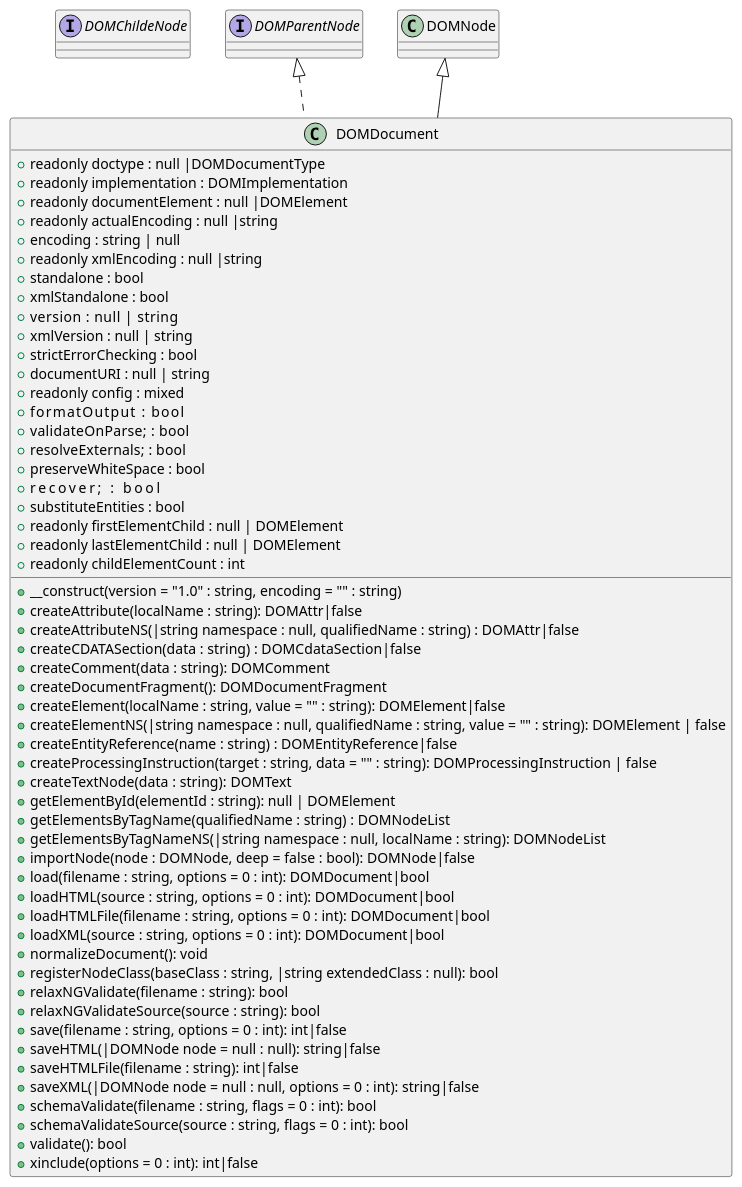
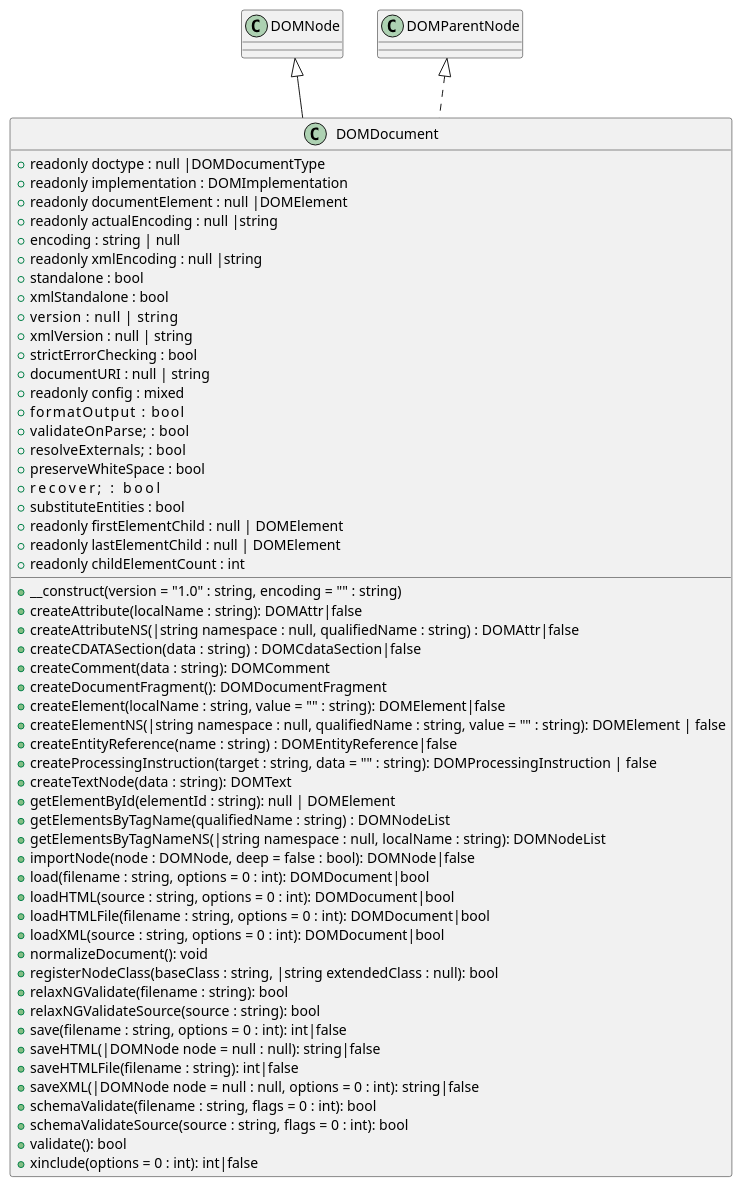
The diagram in dom/document.puml (kurt-krueckeberg/understanding-dom), drawn with PlantUML before and after one commit. The commit also changed 5 other files, not shown here.

```diff
--- a/dom/document.puml
+++ b/dom/document.puml
@@ -1,64 +1,61 @@
 @startuml
-interface DOMChildeNode
-interface DOMParentNode
-
 DOMNode       <|-- DOMDocument 
 DOMParentNode <|.. DOMDocument 
 
 class DOMDocument {
 
   +readonly doctype : null |DOMDocumentType
   +readonly implementation : DOMImplementation
   +readonly documentElement : null |DOMElement
   +readonly actualEncoding : null |string
   +encoding : string | null
   +readonly xmlEncoding : null |string
   +standalone : bool
   +xmlStandalone : bool
   +version    : null | string
   +xmlVersion : null | string 
   +strictErrorChecking : bool 
   +documentURI : null | string 
   +readonly config : mixed
   +formatOutput       : bool  
   +validateOnParse;   : bool 
   +resolveExternals;  : bool 
   +preserveWhiteSpace : bool 
   +recover;           : bool 
   +substituteEntities : bool 
   +readonly firstElementChild : null | DOMElement
   +readonly lastElementChild : null | DOMElement
   +readonly childElementCount : int
   +__construct(version = "1.0" : string, encoding = "" : string)
   +createAttribute(localName : string): DOMAttr|false
   +createAttributeNS(|string namespace : null, qualifiedName : string) : DOMAttr|false
   +createCDATASection(data : string) : DOMCdataSection|false
   +createComment(data : string): DOMComment
   +createDocumentFragment(): DOMDocumentFragment
   +createElement(localName : string, value = "" : string): DOMElement|false
   +createElementNS(|string namespace : null, qualifiedName : string, value = "" : string): DOMElement | false
   +createEntityReference(name : string) : DOMEntityReference|false
   +createProcessingInstruction(target : string, data = "" : string): DOMProcessingInstruction | false
   +createTextNode(data : string): DOMText
   +getElementById(elementId : string): null | DOMElement
   +getElementsByTagName(qualifiedName : string) : DOMNodeList
   +getElementsByTagNameNS(|string namespace : null, localName : string): DOMNodeList
   +importNode(node : DOMNode, deep = false : bool): DOMNode|false
   +load(filename : string, options = 0 : int): DOMDocument|bool
   +loadHTML(source : string, options = 0 : int): DOMDocument|bool
   +loadHTMLFile(filename : string, options = 0 : int): DOMDocument|bool
   +loadXML(source : string, options = 0 : int): DOMDocument|bool
   +normalizeDocument(): void
   +registerNodeClass(baseClass : string, |string extendedClass : null): bool
   +relaxNGValidate(filename : string): bool
   +relaxNGValidateSource(source : string): bool
   +save(filename : string, options = 0 : int): int|false
   +saveHTML(|DOMNode node = null : null): string|false
   +saveHTMLFile(filename : string): int|false
   +saveXML(|DOMNode node = null : null, options = 0 : int): string|false
   +schemaValidate(filename : string, flags = 0 : int): bool
   +schemaValidateSource(source : string, flags = 0 : int): bool
   +validate(): bool
   +xinclude(options = 0 : int): int|false
 }
 @enduml
```
